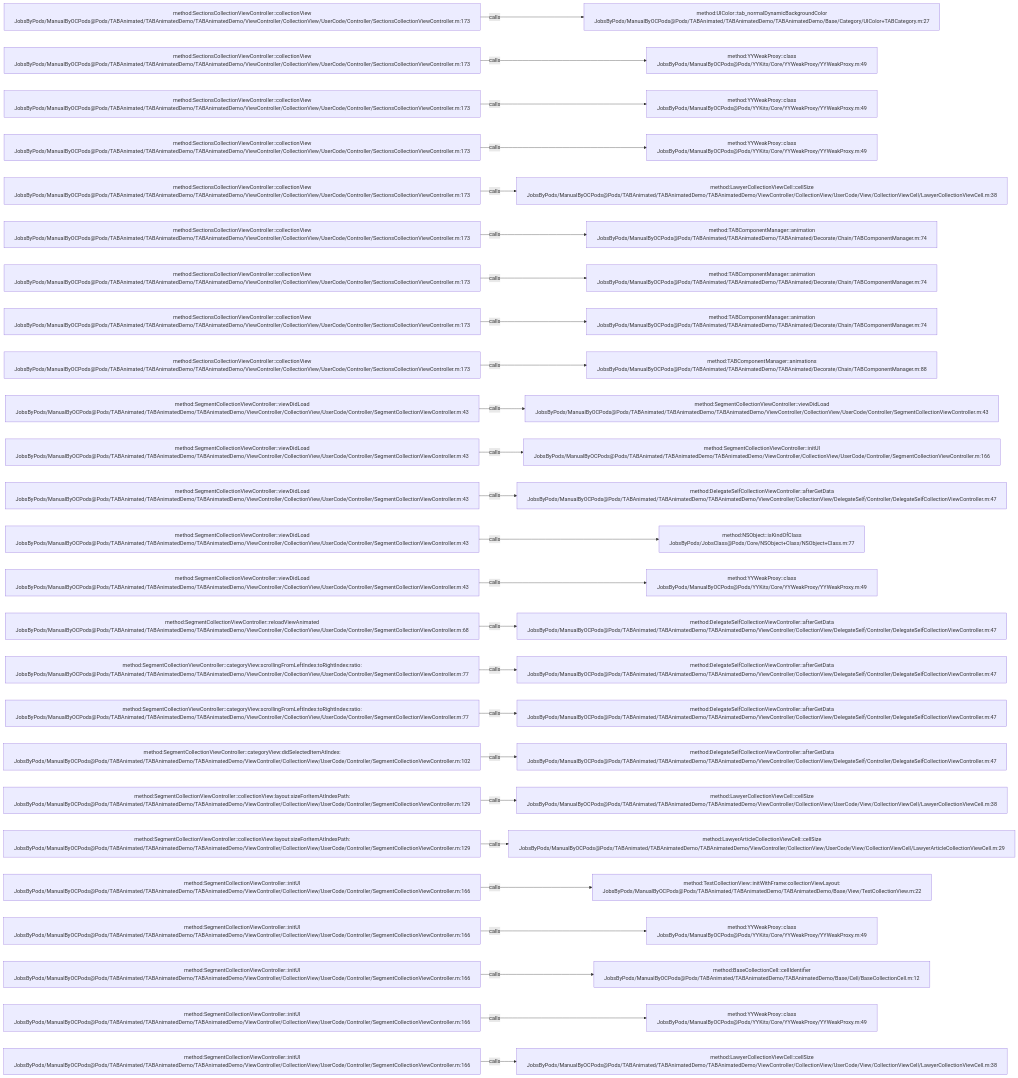
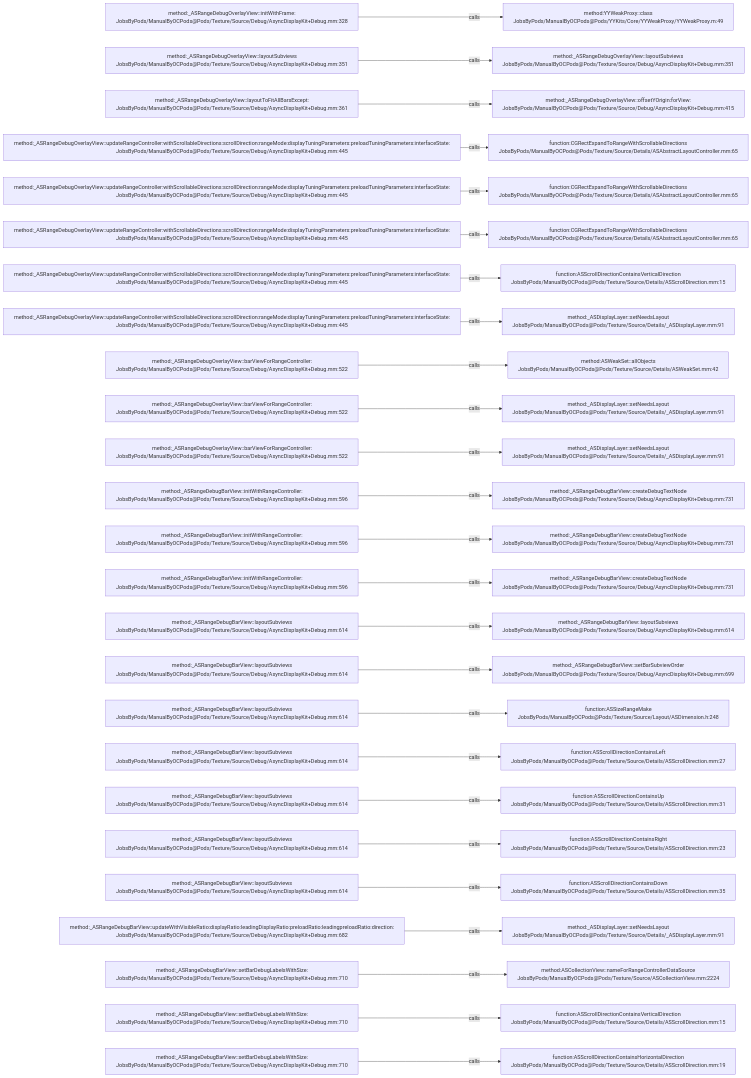
Before and after one commit to JobsKits/JobsOCBaseConfigDemo: the diagram in .codegraph/codegraph.md/graphs/calls-157.md, drawn with Mermaid. The commit also changed 2162 other files, not shown here.

````diff
--- a/.codegraph/codegraph.md/graphs/calls-157.md
+++ b/.codegraph/codegraph.md/graphs/calls-157.md
@@ -13,78 +13,78 @@
 ```mermaid
 flowchart LR
-  S1["method:SectionsCollectionViewController::collectionView<br/>JobsByPods/ManualByOCPods@Pods/TABAnimated/TABAnimatedDemo/TABAnimatedDemo/ViewController/CollectionView/UserCode/Controller/SectionsCollectionViewController.m:173"]
-  T1["method:UIColor::tab_normalDynamicBackgroundColor<br/>JobsByPods/ManualByOCPods@Pods/TABAnimated/TABAnimatedDemo/TABAnimatedDemo/Base/Category/UIColor+TABCategory.m:27"]
+  S1["method:_ASRangeDebugOverlayView::initWithFrame:<br/>JobsByPods/ManualByOCPods@Pods/Texture/Source/Debug/AsyncDisplayKit+Debug.mm:328"]
+  T1["method:YYWeakProxy::class<br/>JobsByPods/ManualByOCPods@Pods/YYKits/Core/YYWeakProxy/YYWeakProxy.m:49"]
   S1 -->|calls| T1
-  S2["method:SectionsCollectionViewController::collectionView<br/>JobsByPods/ManualByOCPods@Pods/TABAnimated/TABAnimatedDemo/TABAnimatedDemo/ViewController/CollectionView/UserCode/Controller/SectionsCollectionViewController.m:173"]
-  T2["method:YYWeakProxy::class<br/>JobsByPods/ManualByOCPods@Pods/YYKits/Core/YYWeakProxy/YYWeakProxy.m:49"]
+  S2["method:_ASRangeDebugOverlayView::layoutSubviews<br/>JobsByPods/ManualByOCPods@Pods/Texture/Source/Debug/AsyncDisplayKit+Debug.mm:351"]
+  T2["method:_ASRangeDebugOverlayView::layoutSubviews<br/>JobsByPods/ManualByOCPods@Pods/Texture/Source/Debug/AsyncDisplayKit+Debug.mm:351"]
   S2 -->|calls| T2
-  S3["method:SectionsCollectionViewController::collectionView<br/>JobsByPods/ManualByOCPods@Pods/TABAnimated/TABAnimatedDemo/TABAnimatedDemo/ViewController/CollectionView/UserCode/Controller/SectionsCollectionViewController.m:173"]
-  T3["method:YYWeakProxy::class<br/>JobsByPods/ManualByOCPods@Pods/YYKits/Core/YYWeakProxy/YYWeakProxy.m:49"]
+  S3["method:_ASRangeDebugOverlayView::layoutToFitAllBarsExcept:<br/>JobsByPods/ManualByOCPods@Pods/Texture/Source/Debug/AsyncDisplayKit+Debug.mm:361"]
+  T3["method:_ASRangeDebugOverlayView::offsetYOrigin:forView:<br/>JobsByPods/ManualByOCPods@Pods/Texture/Source/Debug/AsyncDisplayKit+Debug.mm:415"]
   S3 -->|calls| T3
-  S4["method:SectionsCollectionViewController::collectionView<br/>JobsByPods/ManualByOCPods@Pods/TABAnimated/TABAnimatedDemo/TABAnimatedDemo/ViewController/CollectionView/UserCode/Controller/SectionsCollectionViewController.m:173"]
-  T4["method:YYWeakProxy::class<br/>JobsByPods/ManualByOCPods@Pods/YYKits/Core/YYWeakProxy/YYWeakProxy.m:49"]
+  S4["method:_ASRangeDebugOverlayView::updateRangeController:withScrollableDirections:scrollDirection:rangeMode:displayTuningParameters:preloadTuningParameters:interfaceState:<br/>JobsByPods/ManualByOCPods@Pods/Texture/Source/Debug/AsyncDisplayKit+Debug.mm:445"]
+  T4["function:CGRectExpandToRangeWithScrollableDirections<br/>JobsByPods/ManualByOCPods@Pods/Texture/Source/Details/ASAbstractLayoutController.mm:65"]
   S4 -->|calls| T4
-  S5["method:SectionsCollectionViewController::collectionView<br/>JobsByPods/ManualByOCPods@Pods/TABAnimated/TABAnimatedDemo/TABAnimatedDemo/ViewController/CollectionView/UserCode/Controller/SectionsCollectionViewController.m:173"]
-  T5["method:LawyerCollectionViewCell::cellSize<br/>JobsByPods/ManualByOCPods@Pods/TABAnimated/TABAnimatedDemo/TABAnimatedDemo/ViewController/CollectionView/UserCode/View/CollectionViewCell/LawyerCollectionViewCell.m:38"]
+  S5["method:_ASRangeDebugOverlayView::updateRangeController:withScrollableDirections:scrollDirection:rangeMode:displayTuningParameters:preloadTuningParameters:interfaceState:<br/>JobsByPods/ManualByOCPods@Pods/Texture/Source/Debug/AsyncDisplayKit+Debug.mm:445"]
+  T5["function:CGRectExpandToRangeWithScrollableDirections<br/>JobsByPods/ManualByOCPods@Pods/Texture/Source/Details/ASAbstractLayoutController.mm:65"]
   S5 -->|calls| T5
-  S6["method:SectionsCollectionViewController::collectionView<br/>JobsByPods/ManualByOCPods@Pods/TABAnimated/TABAnimatedDemo/TABAnimatedDemo/ViewController/CollectionView/UserCode/Controller/SectionsCollectionViewController.m:173"]
-  T6["method:TABComponentManager::animation<br/>JobsByPods/ManualByOCPods@Pods/TABAnimated/TABAnimatedDemo/TABAnimated/Decorate/Chain/TABComponentManager.m:74"]
+  S6["method:_ASRangeDebugOverlayView::updateRangeController:withScrollableDirections:scrollDirection:rangeMode:displayTuningParameters:preloadTuningParameters:interfaceState:<br/>JobsByPods/ManualByOCPods@Pods/Texture/Source/Debug/AsyncDisplayKit+Debug.mm:445"]
+  T6["function:CGRectExpandToRangeWithScrollableDirections<br/>JobsByPods/ManualByOCPods@Pods/Texture/Source/Details/ASAbstractLayoutController.mm:65"]
   S6 -->|calls| T6
-  S7["method:SectionsCollectionViewController::collectionView<br/>JobsByPods/ManualByOCPods@Pods/TABAnimated/TABAnimatedDemo/TABAnimatedDemo/ViewController/CollectionView/UserCode/Controller/SectionsCollectionViewController.m:173"]
-  T7["method:TABComponentManager::animation<br/>JobsByPods/ManualByOCPods@Pods/TABAnimated/TABAnimatedDemo/TABAnimated/Decorate/Chain/TABComponentManager.m:74"]
+  S7["method:_ASRangeDebugOverlayView::updateRangeController:withScrollableDirections:scrollDirection:rangeMode:displayTuningParameters:preloadTuningParameters:interfaceState:<br/>JobsByPods/ManualByOCPods@Pods/Texture/Source/Debug/AsyncDisplayKit+Debug.mm:445"]
+  T7["function:ASScrollDirectionContainsVerticalDirection<br/>JobsByPods/ManualByOCPods@Pods/Texture/Source/Details/ASScrollDirection.mm:15"]
   S7 -->|calls| T7
-  S8["method:SectionsCollectionViewController::collectionView<br/>JobsByPods/ManualByOCPods@Pods/TABAnimated/TABAnimatedDemo/TABAnimatedDemo/ViewController/CollectionView/UserCode/Controller/SectionsCollectionViewController.m:173"]
-  T8["method:TABComponentManager::animation<br/>JobsByPods/ManualByOCPods@Pods/TABAnimated/TABAnimatedDemo/TABAnimated/Decorate/Chain/TABComponentManager.m:74"]
+  S8["method:_ASRangeDebugOverlayView::updateRangeController:withScrollableDirections:scrollDirection:rangeMode:displayTuningParameters:preloadTuningParameters:interfaceState:<br/>JobsByPods/ManualByOCPods@Pods/Texture/Source/Debug/AsyncDisplayKit+Debug.mm:445"]
+  T8["method:_ASDisplayLayer::setNeedsLayout<br/>JobsByPods/ManualByOCPods@Pods/Texture/Source/Details/_ASDisplayLayer.mm:91"]
   S8 -->|calls| T8
-  S9["method:SectionsCollectionViewController::collectionView<br/>JobsByPods/ManualByOCPods@Pods/TABAnimated/TABAnimatedDemo/TABAnimatedDemo/ViewController/CollectionView/UserCode/Controller/SectionsCollectionViewController.m:173"]
-  T9["method:TABComponentManager::animations<br/>JobsByPods/ManualByOCPods@Pods/TABAnimated/TABAnimatedDemo/TABAnimated/Decorate/Chain/TABComponentManager.m:88"]
+  S9["method:_ASRangeDebugOverlayView::barViewForRangeController:<br/>JobsByPods/ManualByOCPods@Pods/Texture/Source/Debug/AsyncDisplayKit+Debug.mm:522"]
+  T9["method:ASWeakSet::allObjects<br/>JobsByPods/ManualByOCPods@Pods/Texture/Source/Details/ASWeakSet.mm:42"]
   S9 -->|calls| T9
-  S10["method:SegmentCollectionViewController::viewDidLoad<br/>JobsByPods/ManualByOCPods@Pods/TABAnimated/TABAnimatedDemo/TABAnimatedDemo/ViewController/CollectionView/UserCode/Controller/SegmentCollectionViewController.m:43"]
-  T10["method:SegmentCollectionViewController::viewDidLoad<br/>JobsByPods/ManualByOCPods@Pods/TABAnimated/TABAnimatedDemo/TABAnimatedDemo/ViewController/CollectionView/UserCode/Controller/SegmentCollectionViewController.m:43"]
+  S10["method:_ASRangeDebugOverlayView::barViewForRangeController:<br/>JobsByPods/ManualByOCPods@Pods/Texture/Source/Debug/AsyncDisplayKit+Debug.mm:522"]
+  T10["method:_ASDisplayLayer::setNeedsLayout<br/>JobsByPods/ManualByOCPods@Pods/Texture/Source/Details/_ASDisplayLayer.mm:91"]
   S10 -->|calls| T10
-  S11["method:SegmentCollectionViewController::viewDidLoad<br/>JobsByPods/ManualByOCPods@Pods/TABAnimated/TABAnimatedDemo/TABAnimatedDemo/ViewController/CollectionView/UserCode/Controller/SegmentCollectionViewController.m:43"]
-  T11["method:SegmentCollectionViewController::initUI<br/>JobsByPods/ManualByOCPods@Pods/TABAnimated/TABAnimatedDemo/TABAnimatedDemo/ViewController/CollectionView/UserCode/Controller/SegmentCollectionViewController.m:166"]
+  S11["method:_ASRangeDebugOverlayView::barViewForRangeController:<br/>JobsByPods/ManualByOCPods@Pods/Texture/Source/Debug/AsyncDisplayKit+Debug.mm:522"]
+  T11["method:_ASDisplayLayer::setNeedsLayout<br/>JobsByPods/ManualByOCPods@Pods/Texture/Source/Details/_ASDisplayLayer.mm:91"]
   S11 -->|calls| T11
-  S12["method:SegmentCollectionViewController::viewDidLoad<br/>JobsByPods/ManualByOCPods@Pods/TABAnimated/TABAnimatedDemo/TABAnimatedDemo/ViewController/CollectionView/UserCode/Controller/SegmentCollectionViewController.m:43"]
-  T12["method:DelegateSelfCollectionViewController::afterGetData<br/>JobsByPods/ManualByOCPods@Pods/TABAnimated/TABAnimatedDemo/TABAnimatedDemo/ViewController/CollectionView/DelegateSelf/Controller/DelegateSelfCollectionViewController.m:47"]
+  S12["method:_ASRangeDebugBarView::initWithRangeController:<br/>JobsByPods/ManualByOCPods@Pods/Texture/Source/Debug/AsyncDisplayKit+Debug.mm:596"]
+  T12["method:_ASRangeDebugBarView::createDebugTextNode<br/>JobsByPods/ManualByOCPods@Pods/Texture/Source/Debug/AsyncDisplayKit+Debug.mm:731"]
   S12 -->|calls| T12
-  S13["method:SegmentCollectionViewController::viewDidLoad<br/>JobsByPods/ManualByOCPods@Pods/TABAnimated/TABAnimatedDemo/TABAnimatedDemo/ViewController/CollectionView/UserCode/Controller/SegmentCollectionViewController.m:43"]
-  T13["method:NSObject::isKindOfClass<br/>JobsByPods/JobsClass@Pods/Core/NSObject+Class/NSObject+Class.m:77"]
+  S13["method:_ASRangeDebugBarView::initWithRangeController:<br/>JobsByPods/ManualByOCPods@Pods/Texture/Source/Debug/AsyncDisplayKit+Debug.mm:596"]
+  T13["method:_ASRangeDebugBarView::createDebugTextNode<br/>JobsByPods/ManualByOCPods@Pods/Texture/Source/Debug/AsyncDisplayKit+Debug.mm:731"]
   S13 -->|calls| T13
-  S14["method:SegmentCollectionViewController::viewDidLoad<br/>JobsByPods/ManualByOCPods@Pods/TABAnimated/TABAnimatedDemo/TABAnimatedDemo/ViewController/CollectionView/UserCode/Controller/SegmentCollectionViewController.m:43"]
-  T14["method:YYWeakProxy::class<br/>JobsByPods/ManualByOCPods@Pods/YYKits/Core/YYWeakProxy/YYWeakProxy.m:49"]
+  S14["method:_ASRangeDebugBarView::initWithRangeController:<br/>JobsByPods/ManualByOCPods@Pods/Texture/Source/Debug/AsyncDisplayKit+Debug.mm:596"]
+  T14["method:_ASRangeDebugBarView::createDebugTextNode<br/>JobsByPods/ManualByOCPods@Pods/Texture/Source/Debug/AsyncDisplayKit+Debug.mm:731"]
   S14 -->|calls| T14
-  S15["method:SegmentCollectionViewController::reloadViewAnimated<br/>JobsByPods/ManualByOCPods@Pods/TABAnimated/TABAnimatedDemo/TABAnimatedDemo/ViewController/CollectionView/UserCode/Controller/SegmentCollectionViewController.m:68"]
-  T15["method:DelegateSelfCollectionViewController::afterGetData<br/>JobsByPods/ManualByOCPods@Pods/TABAnimated/TABAnimatedDemo/TABAnimatedDemo/ViewController/CollectionView/DelegateSelf/Controller/DelegateSelfCollectionViewController.m:47"]
+  S15["method:_ASRangeDebugBarView::layoutSubviews<br/>JobsByPods/ManualByOCPods@Pods/Texture/Source/Debug/AsyncDisplayKit+Debug.mm:614"]
+  T15["method:_ASRangeDebugBarView::layoutSubviews<br/>JobsByPods/ManualByOCPods@Pods/Texture/Source/Debug/AsyncDisplayKit+Debug.mm:614"]
   S15 -->|calls| T15
-  S16["method:SegmentCollectionViewController::categoryView:scrollingFromLeftIndex:toRightIndex:ratio:<br/>JobsByPods/ManualByOCPods@Pods/TABAnimated/TABAnimatedDemo/TABAnimatedDemo/ViewController/CollectionView/UserCode/Controller/SegmentCollectionViewController.m:77"]
-  T16["method:DelegateSelfCollectionViewController::afterGetData<br/>JobsByPods/ManualByOCPods@Pods/TABAnimated/TABAnimatedDemo/TABAnimatedDemo/ViewController/CollectionView/DelegateSelf/Controller/DelegateSelfCollectionViewController.m:47"]
+  S16["method:_ASRangeDebugBarView::layoutSubviews<br/>JobsByPods/ManualByOCPods@Pods/Texture/Source/Debug/AsyncDisplayKit+Debug.mm:614"]
+  T16["method:_ASRangeDebugBarView::setBarSubviewOrder<br/>JobsByPods/ManualByOCPods@Pods/Texture/Source/Debug/AsyncDisplayKit+Debug.mm:699"]
   S16 -->|calls| T16
-  S17["method:SegmentCollectionViewController::categoryView:scrollingFromLeftIndex:toRightIndex:ratio:<br/>JobsByPods/ManualByOCPods@Pods/TABAnimated/TABAnimatedDemo/TABAnimatedDemo/ViewController/CollectionView/UserCode/Controller/SegmentCollectionViewController.m:77"]
-  T17["method:DelegateSelfCollectionViewController::afterGetData<br/>JobsByPods/ManualByOCPods@Pods/TABAnimated/TABAnimatedDemo/TABAnimatedDemo/ViewController/CollectionView/DelegateSelf/Controller/DelegateSelfCollectionViewController.m:47"]
+  S17["method:_ASRangeDebugBarView::layoutSubviews<br/>JobsByPods/ManualByOCPods@Pods/Texture/Source/Debug/AsyncDisplayKit+Debug.mm:614"]
+  T17["function:ASSizeRangeMake<br/>JobsByPods/ManualByOCPods@Pods/Texture/Source/Layout/ASDimension.h:248"]
   S17 -->|calls| T17
-  S18["method:SegmentCollectionViewController::categoryView:didSelectedItemAtIndex:<br/>JobsByPods/ManualByOCPods@Pods/TABAnimated/TABAnimatedDemo/TABAnimatedDemo/ViewController/CollectionView/UserCode/Controller/SegmentCollectionViewController.m:102"]
-  T18["method:DelegateSelfCollectionViewController::afterGetData<br/>JobsByPods/ManualByOCPods@Pods/TABAnimated/TABAnimatedDemo/TABAnimatedDemo/ViewController/CollectionView/DelegateSelf/Controller/DelegateSelfCollectionViewController.m:47"]
+  S18["method:_ASRangeDebugBarView::layoutSubviews<br/>JobsByPods/ManualByOCPods@Pods/Texture/Source/Debug/AsyncDisplayKit+Debug.mm:614"]
+  T18["function:ASScrollDirectionContainsLeft<br/>JobsByPods/ManualByOCPods@Pods/Texture/Source/Details/ASScrollDirection.mm:27"]
   S18 -->|calls| T18
-  S19["method:SegmentCollectionViewController::collectionView:layout:sizeForItemAtIndexPath:<br/>JobsByPods/ManualByOCPods@Pods/TABAnimated/TABAnimatedDemo/TABAnimatedDemo/ViewController/CollectionView/UserCode/Controller/SegmentCollectionViewController.m:129"]
-  T19["method:LawyerCollectionViewCell::cellSize<br/>JobsByPods/ManualByOCPods@Pods/TABAnimated/TABAnimatedDemo/TABAnimatedDemo/ViewController/CollectionView/UserCode/View/CollectionViewCell/LawyerCollectionViewCell.m:38"]
+  S19["method:_ASRangeDebugBarView::layoutSubviews<br/>JobsByPods/ManualByOCPods@Pods/Texture/Source/Debug/AsyncDisplayKit+Debug.mm:614"]
+  T19["function:ASScrollDirectionContainsUp<br/>JobsByPods/ManualByOCPods@Pods/Texture/Source/Details/ASScrollDirection.mm:31"]
   S19 -->|calls| T19
-  S20["method:SegmentCollectionViewController::collectionView:layout:sizeForItemAtIndexPath:<br/>JobsByPods/ManualByOCPods@Pods/TABAnimated/TABAnimatedDemo/TABAnimatedDemo/ViewController/CollectionView/UserCode/Controller/SegmentCollectionViewController.m:129"]
-  T20["method:LawyerArticleCollectionViewCell::cellSize<br/>JobsByPods/ManualByOCPods@Pods/TABAnimated/TABAnimatedDemo/TABAnimatedDemo/ViewController/CollectionView/UserCode/View/CollectionViewCell/LawyerArticleCollectionViewCell.m:29"]
+  S20["method:_ASRangeDebugBarView::layoutSubviews<br/>JobsByPods/ManualByOCPods@Pods/Texture/Source/Debug/AsyncDisplayKit+Debug.mm:614"]
+  T20["function:ASScrollDirectionContainsRight<br/>JobsByPods/ManualByOCPods@Pods/Texture/Source/Details/ASScrollDirection.mm:23"]
   S20 -->|calls| T20
-  S21["method:SegmentCollectionViewController::initUI<br/>JobsByPods/ManualByOCPods@Pods/TABAnimated/TABAnimatedDemo/TABAnimatedDemo/ViewController/CollectionView/UserCode/Controller/SegmentCollectionViewController.m:166"]
-  T21["method:TestCollectionView::initWithFrame:collectionViewLayout:<br/>JobsByPods/ManualByOCPods@Pods/TABAnimated/TABAnimatedDemo/TABAnimatedDemo/Base/View/TestCollectionView.m:22"]
+  S21["method:_ASRangeDebugBarView::layoutSubviews<br/>JobsByPods/ManualByOCPods@Pods/Texture/Source/Debug/AsyncDisplayKit+Debug.mm:614"]
+  T21["function:ASScrollDirectionContainsDown<br/>JobsByPods/ManualByOCPods@Pods/Texture/Source/Details/ASScrollDirection.mm:35"]
   S21 -->|calls| T21
-  S22["method:SegmentCollectionViewController::initUI<br/>JobsByPods/ManualByOCPods@Pods/TABAnimated/TABAnimatedDemo/TABAnimatedDemo/ViewController/CollectionView/UserCode/Controller/SegmentCollectionViewController.m:166"]
-  T22["method:YYWeakProxy::class<br/>JobsByPods/ManualByOCPods@Pods/YYKits/Core/YYWeakProxy/YYWeakProxy.m:49"]
+  S22["method:_ASRangeDebugBarView::updateWithVisibleRatio:displayRatio:leadingDisplayRatio:preloadRatio:leadingpreloadRatio:direction:<br/>JobsByPods/ManualByOCPods@Pods/Texture/Source/Debug/AsyncDisplayKit+Debug.mm:682"]
+  T22["method:_ASDisplayLayer::setNeedsLayout<br/>JobsByPods/ManualByOCPods@Pods/Texture/Source/Details/_ASDisplayLayer.mm:91"]
   S22 -->|calls| T22
-  S23["method:SegmentCollectionViewController::initUI<br/>JobsByPods/ManualByOCPods@Pods/TABAnimated/TABAnimatedDemo/TABAnimatedDemo/ViewController/CollectionView/UserCode/Controller/SegmentCollectionViewController.m:166"]
-  T23["method:BaseCollectionCell::cellIdentifier<br/>JobsByPods/ManualByOCPods@Pods/TABAnimated/TABAnimatedDemo/TABAnimatedDemo/Base/Cell/BaseCollectionCell.m:12"]
+  S23["method:_ASRangeDebugBarView::setBarDebugLabelsWithSize:<br/>JobsByPods/ManualByOCPods@Pods/Texture/Source/Debug/AsyncDisplayKit+Debug.mm:710"]
+  T23["method:ASCollectionView::nameForRangeControllerDataSource<br/>JobsByPods/ManualByOCPods@Pods/Texture/Source/ASCollectionView.mm:2224"]
   S23 -->|calls| T23
-  S24["method:SegmentCollectionViewController::initUI<br/>JobsByPods/ManualByOCPods@Pods/TABAnimated/TABAnimatedDemo/TABAnimatedDemo/ViewController/CollectionView/UserCode/Controller/SegmentCollectionViewController.m:166"]
-  T24["method:YYWeakProxy::class<br/>JobsByPods/ManualByOCPods@Pods/YYKits/Core/YYWeakProxy/YYWeakProxy.m:49"]
+  S24["method:_ASRangeDebugBarView::setBarDebugLabelsWithSize:<br/>JobsByPods/ManualByOCPods@Pods/Texture/Source/Debug/AsyncDisplayKit+Debug.mm:710"]
+  T24["function:ASScrollDirectionContainsVerticalDirection<br/>JobsByPods/ManualByOCPods@Pods/Texture/Source/Details/ASScrollDirection.mm:15"]
   S24 -->|calls| T24
-  S25["method:SegmentCollectionViewController::initUI<br/>JobsByPods/ManualByOCPods@Pods/TABAnimated/TABAnimatedDemo/TABAnimatedDemo/ViewController/CollectionView/UserCode/Controller/SegmentCollectionViewController.m:166"]
-  T25["method:LawyerCollectionViewCell::cellSize<br/>JobsByPods/ManualByOCPods@Pods/TABAnimated/TABAnimatedDemo/TABAnimatedDemo/ViewController/CollectionView/UserCode/View/CollectionViewCell/LawyerCollectionViewCell.m:38"]
+  S25["method:_ASRangeDebugBarView::setBarDebugLabelsWithSize:<br/>JobsByPods/ManualByOCPods@Pods/Texture/Source/Debug/AsyncDisplayKit+Debug.mm:710"]
+  T25["function:ASScrollDirectionContainsHorizontalDirection<br/>JobsByPods/ManualByOCPods@Pods/Texture/Source/Details/ASScrollDirection.mm:19"]
   S25 -->|calls| T25
 ```
````
